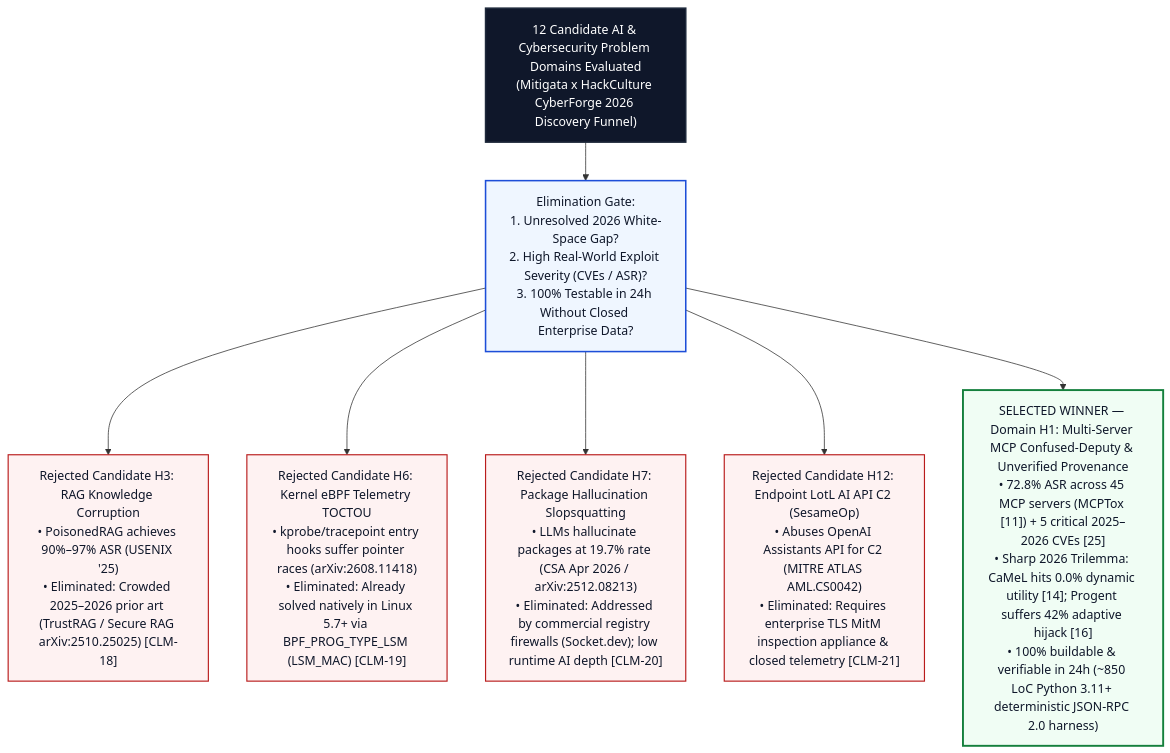
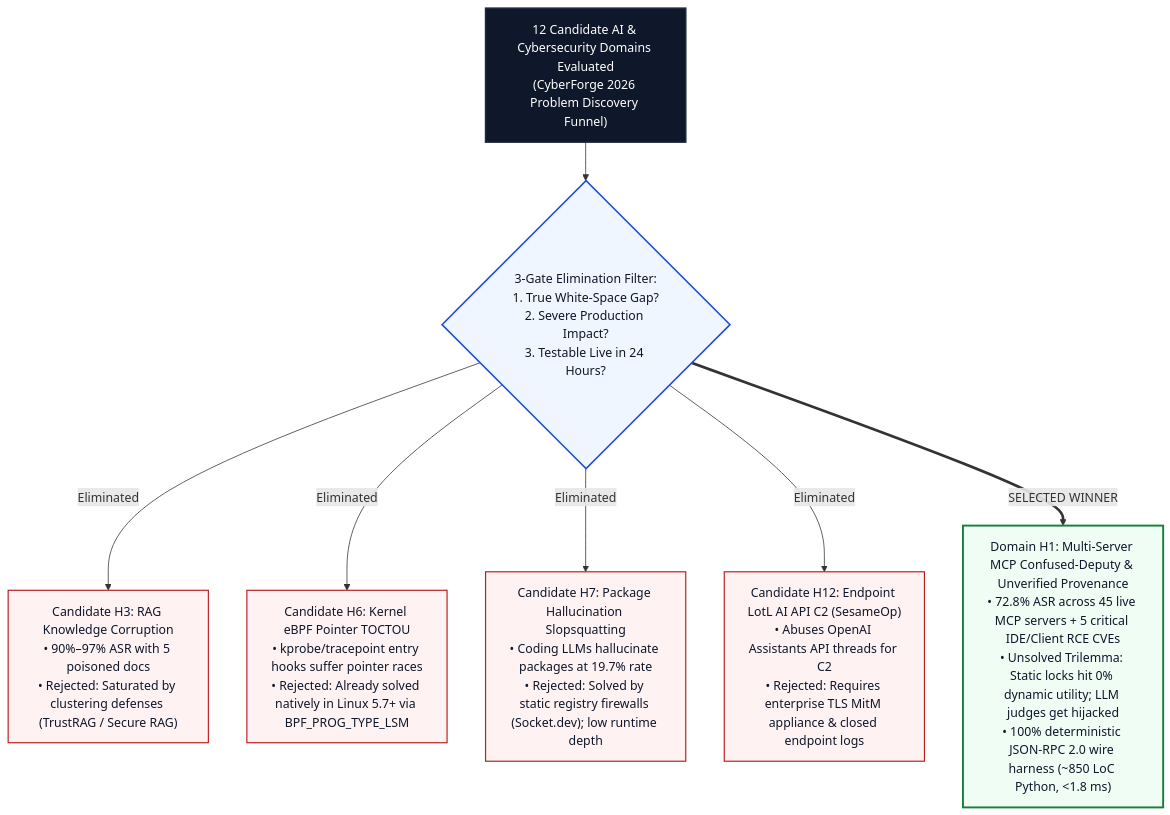
The second of 8 diagrams in README.md (rmn2178/NOSIH), drawn with Mermaid before and after one commit. The commit also changed other lines of this file, not shown here.

````diff
--- a/README.md
+++ b/README.md
@@ -91,18 +99,18 @@
 ```mermaid
 flowchart TD
-    START["12 Candidate AI & Cybersecurity Problem Domains Evaluated<br/>(Mitigata x HackCulture CyberForge 2026 Discovery Funnel)"] --> FILTER["Elimination Gate:<br/>1. Unresolved 2026 White-Space Gap?<br/>2. High Real-World Exploit Severity (CVEs / ASR)?<br/>3. 100% Testable in 24h Without Closed Enterprise Data?"]
+    TOP["12 Candidate AI & Cybersecurity Domains Evaluated<br/>(CyberForge 2026 Problem Discovery Funnel)"] --> GATE{"3-Gate Elimination Filter:<br/>1. True White-Space Gap?<br/>2. Severe Production Impact?<br/>3. Testable Live in 24 Hours?"}
 
-    FILTER --> H3["Rejected Candidate H3: RAG Knowledge Corruption<br/>• PoisonedRAG achieves 90%–97% ASR (USENIX '25)<br/>• Eliminated: Crowded 2025–2026 prior art (TrustRAG / Secure RAG arXiv:2510.25025) [CLM-18]"]
-    FILTER --> H6["Rejected Candidate H6: Kernel eBPF Telemetry TOCTOU<br/>• kprobe/tracepoint entry hooks suffer pointer races (arXiv:2608.11418)<br/>• Eliminated: Already solved natively in Linux 5.7+ via BPF_PROG_TYPE_LSM (LSM_MAC) [CLM-19]"]
-    FILTER --> H7["Rejected Candidate H7: Package Hallucination Slopsquatting<br/>• LLMs hallucinate packages at 19.7% rate (CSA Apr 2026 / arXiv:2512.08213)<br/>• Eliminated: Addressed by commercial registry firewalls (Socket.dev); low runtime AI depth [CLM-20]"]
-    FILTER --> H12["Rejected Candidate H12: Endpoint LotL AI API C2 (SesameOp)<br/>• Abuses OpenAI Assistants API for C2 (MITRE ATLAS AML.CS0042)<br/>• Eliminated: Requires enterprise TLS MitM inspection appliance & closed telemetry [CLM-21]"]
-    FILTER --> H1["SELECTED WINNER — Domain H1: Multi-Server MCP Confused-Deputy & Unverified Provenance<br/>• 72.8% ASR across 45 MCP servers (MCPTox [11]) + 5 critical 2025–2026 CVEs [25]<br/>• Sharp 2026 Trilemma: CaMeL hits 0.0% dynamic utility [14]; Progent suffers 42% adaptive hijack [16]<br/>• 100% buildable & verifiable in 24h (~850 LoC Python 3.11+ deterministic JSON-RPC 2.0 harness)"]
+    GATE -- "Eliminated" --> H3["Candidate H3: RAG Knowledge Corruption<br/>• 90%–97% ASR with 5 poisoned docs<br/>• Rejected: Saturated by clustering defenses (TrustRAG / Secure RAG)"]
+    GATE -- "Eliminated" --> H6["Candidate H6: Kernel eBPF Pointer TOCTOU<br/>• kprobe/tracepoint entry hooks suffer pointer races<br/>• Rejected: Already solved natively in Linux 5.7+ via BPF_PROG_TYPE_LSM"]
+    GATE -- "Eliminated" --> H7["Candidate H7: Package Hallucination Slopsquatting<br/>• Coding LLMs hallucinate packages at 19.7% rate<br/>• Rejected: Solved by static registry firewalls (Socket.dev); low runtime depth"]
+    GATE -- "Eliminated" --> H12["Candidate H12: Endpoint LotL AI API C2 (SesameOp)<br/>• Abuses OpenAI Assistants API threads for C2<br/>• Rejected: Requires enterprise TLS MitM appliance & closed endpoint logs"]
+    GATE ==>|"SELECTED WINNER"| H1["Domain H1: Multi-Server MCP Confused-Deputy & Unverified Provenance<br/>• 72.8% ASR across 45 live MCP servers + 5 critical IDE/Client RCE CVEs<br/>• Unsolved Trilemma: Static locks hit 0% dynamic utility; LLM judges get hijacked<br/>• 100% deterministic JSON-RPC 2.0 wire harness (~850 LoC Python, <1.8 ms)"]
 
-    style START fill:#0F172A,stroke:#1E293B,stroke-width:2px,color:#FFFFFF
-    style FILTER fill:#EFF6FF,stroke:#1D4ED8,stroke-width:2px,color:#0F172A
+    style TOP fill:#0F172A,stroke:#1E293B,stroke-width:2px,color:#FFFFFF
+    style GATE fill:#EFF6FF,stroke:#1D4ED8,stroke-width:2px,color:#0F172A
     style H3 fill:#FEF2F2,stroke:#B91C1C,stroke-width:1.5px,color:#0F172A
     style H6 fill:#FEF2F2,stroke:#B91C1C,stroke-width:1.5px,color:#0F172A
     style H7 fill:#FEF2F2,stroke:#B91C1C,stroke-width:1.5px,color:#0F172A
     style H12 fill:#FEF2F2,stroke:#B91C1C,stroke-width:1.5px,color:#0F172A
     style H1 fill:#F0FDF4,stroke:#15803D,stroke-width:2.5px,color:#0F172A
 ```
````
